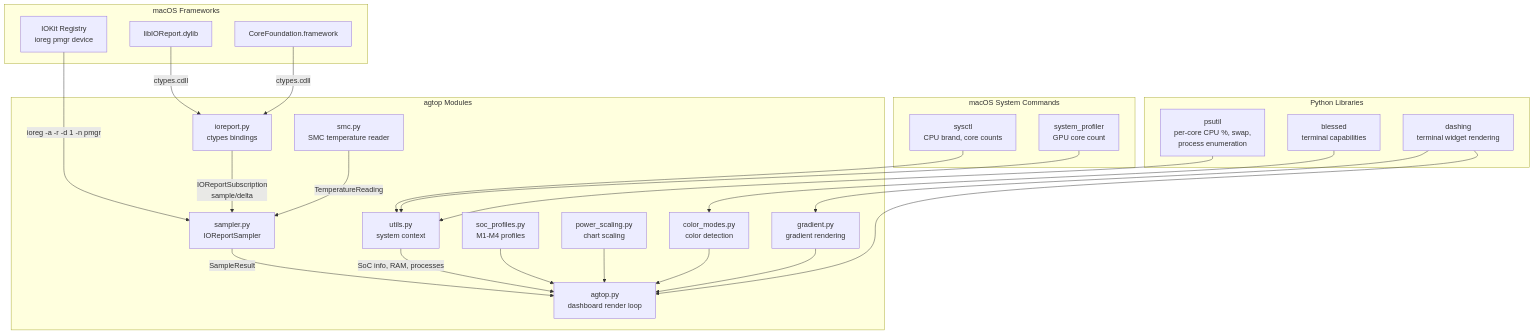
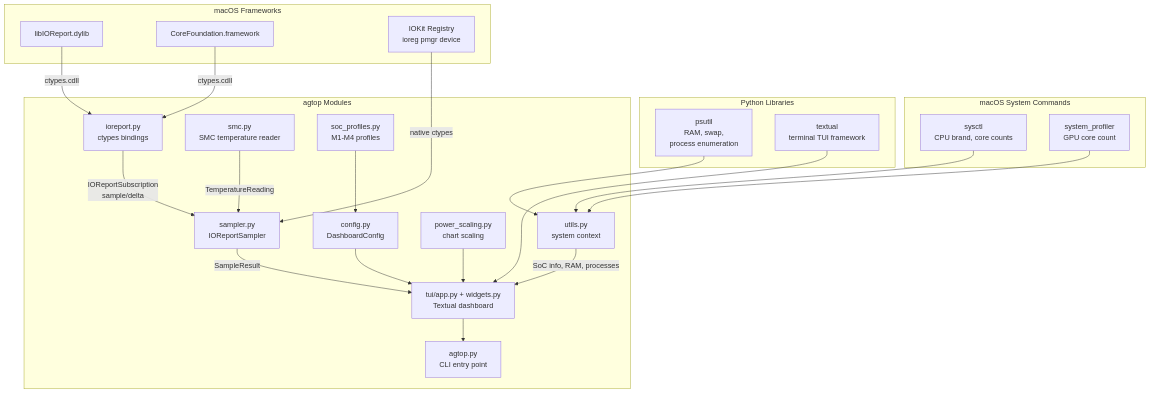
Before and after one commit to binlecode/agtop: the diagram in README.md, drawn with Mermaid. The commit also changed other lines of this file and 22 other files, not shown here.

First line of the commit message:
feat: replace dashing/blessed TUI with Textual (v0.5.0)

````diff
--- a/README.md
+++ b/README.md
@@ -131,52 +134,49 @@
 ```mermaid
 graph TD
     subgraph "macOS Frameworks"
         IOR[libIOReport.dylib]
         CF[CoreFoundation.framework]
         IOKIT[IOKit Registry<br/>ioreg pmgr device]
     end
 
     subgraph "macOS System Commands"
         SYSCTL[sysctl<br/>CPU brand, core counts]
         SYSPROF[system_profiler<br/>GPU core count]
     end
 
     subgraph "Python Libraries"
-        PSUTIL[psutil<br/>per-core CPU %, swap,<br/>process enumeration]
-        DASHING[dashing<br/>terminal widget rendering]
-        BLESSED[blessed<br/>terminal capabilities]
+        PSUTIL[psutil<br/>RAM, swap,<br/>process enumeration]
+        TEXTUAL[textual<br/>terminal TUI framework]
     end
 
     subgraph "agtop Modules"
         IORPY[ioreport.py<br/>ctypes bindings]
         SAMPLER[sampler.py<br/>IOReportSampler]
         SMC[smc.py<br/>SMC temperature reader]
         UTILS[utils.py<br/>system context]
         PROFILES[soc_profiles.py<br/>M1-M4 profiles]
         POWER[power_scaling.py<br/>chart scaling]
-        COLOR[color_modes.py<br/>color detection]
-        GRADIENT[gradient.py<br/>gradient rendering]
-        MAIN[agtop.py<br/>dashboard render loop]
+        CONFIG[config.py<br/>DashboardConfig]
+        TUI[tui/app.py + widgets.py<br/>Textual dashboard]
+        MAIN[agtop.py<br/>CLI entry point]
     end
 
     IOR -->|ctypes.cdll| IORPY
     CF -->|ctypes.cdll| IORPY
-    IOKIT -->|ioreg -a -r -d 1 -n pmgr| SAMPLER
+    IOKIT -->|native ctypes| SAMPLER
 
     IORPY -->|IOReportSubscription<br/>sample/delta| SAMPLER
     SMC -->|TemperatureReading| SAMPLER
-    SAMPLER -->|SampleResult| MAIN
+    SAMPLER -->|SampleResult| TUI
 
     SYSCTL --> UTILS
     SYSPROF --> UTILS
     PSUTIL --> UTILS
-    UTILS -->|SoC info, RAM, processes| MAIN
+    UTILS -->|SoC info, RAM, processes| TUI
 
-    PROFILES --> MAIN
-    POWER --> MAIN
-    COLOR --> MAIN
-    GRADIENT --> MAIN
-    BLESSED --> COLOR
-    DASHING --> MAIN
-    DASHING --> GRADIENT
+    PROFILES --> CONFIG
+    CONFIG --> TUI
+    POWER --> TUI
+    TEXTUAL --> TUI
+    TUI --> MAIN
 ```
````
